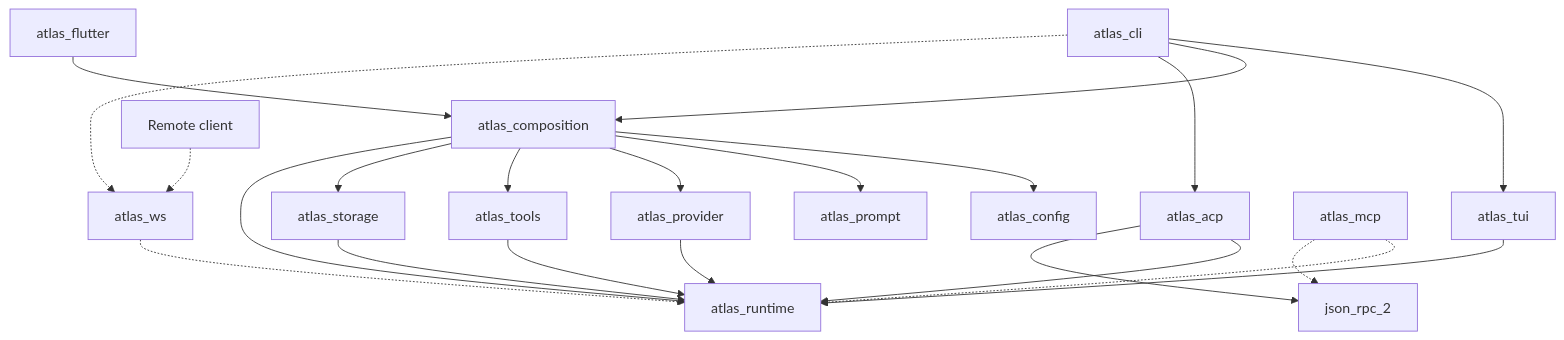
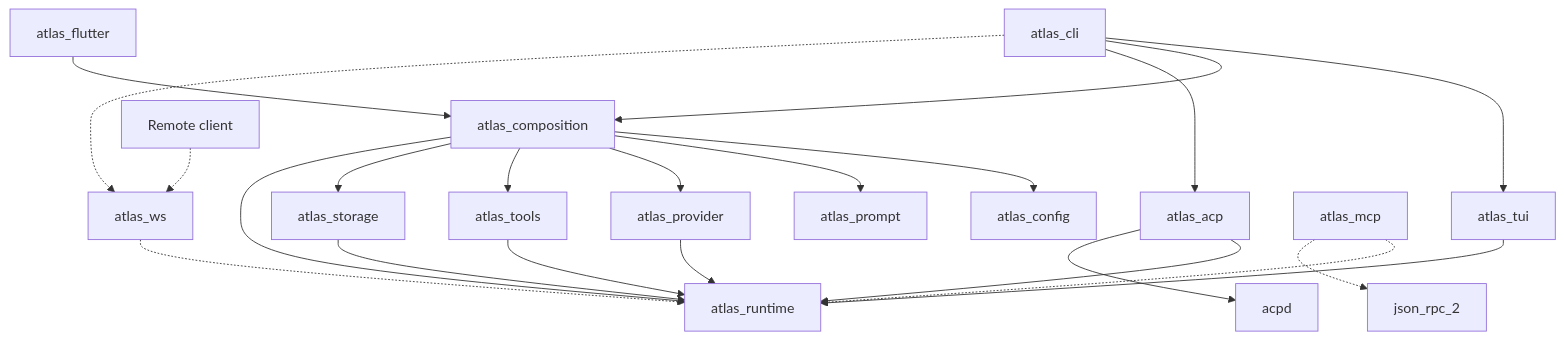
Before and after one commit to gvenusleo/Atlas: the diagram in docs/architecture.md, drawn with Mermaid. The commit also changed other lines of this file and 47 other files, not shown here.

First line of the commit message:
feat(acp): migrate to acpd SDK with mode menu and orphan tool-call fix

````diff
--- a/docs/architecture.md
+++ b/docs/architecture.md
@@ -18,24 +18,24 @@
 ```mermaid
 graph TD
     CLI[atlas_cli] --> TUI[atlas_tui]
     CLI --> COMP[atlas_composition]
     CLI --> ACP[atlas_acp]
     CLI -.-> WS[atlas_ws]
     FL[atlas_flutter] --> COMP
     COMP --> CONFIG[atlas_config]
     COMP --> PROMPT[atlas_prompt]
     COMP --> PROVIDER[atlas_provider]
     COMP --> TOOLS[atlas_tools]
     COMP --> STORAGE[atlas_storage]
     COMP --> RT[atlas_runtime]
     TUI --> RT
     ACP --> RT
     REMOTE[Remote client] -.-> WS
     WS -.-> RT
     MCP[atlas_mcp] -.-> RT
     PROVIDER --> RT
     TOOLS --> RT
     STORAGE --> RT
-    ACP --> JRPC[json_rpc_2]
-    MCP -.-> JRPC
+    ACP --> ACPD[acpd]
+    MCP -.-> JRPC[json_rpc_2]
 ```
````
